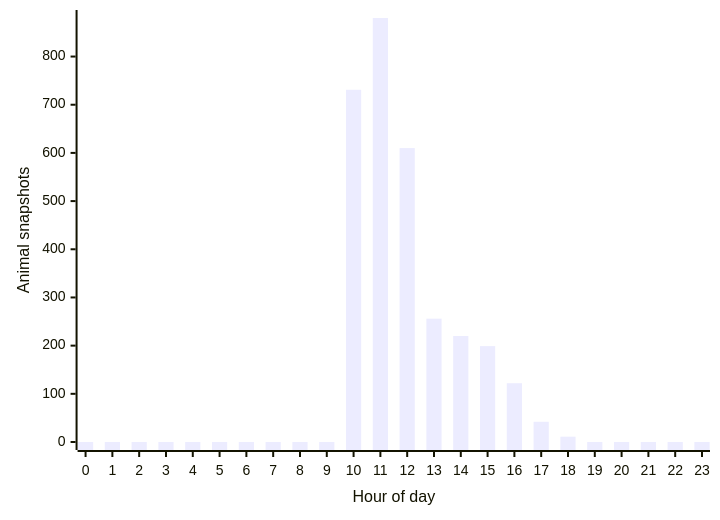
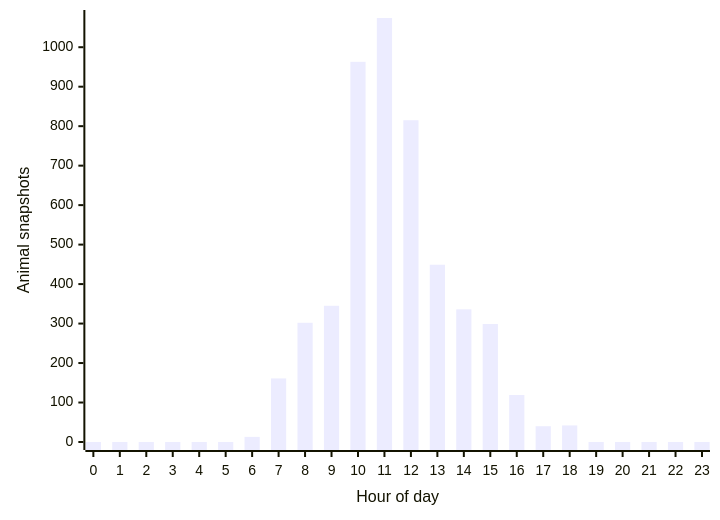
One commit to joshuafrommeyer-35/PierTracker changed the second of 3 diagrams in README.md. Above: the diagram before and after it, drawn with Mermaid. The commit also changed other lines of this file and 29 other files, not shown here.

````diff
--- a/README.md
+++ b/README.md
@@ -122,6 +123,6 @@
 ```mermaid
 xychart-beta
     x-axis "Hour of day" [0, 1, 2, 3, 4, 5, 6, 7, 8, 9, 10, 11, 12, 13, 14, 15, 16, 17, 18, 19, 20, 21, 22, 23]
     y-axis "Animal snapshots"
-    bar [0, 0, 0, 0, 0, 0, 0, 0, 0, 0, 731, 880, 610, 256, 220, 199, 122, 42, 11, 0, 0, 0, 0, 0]
+    bar [0, 0, 0, 0, 0, 0, 13, 161, 302, 345, 963, 1074, 815, 449, 336, 299, 119, 40, 42, 0, 0, 0, 0, 0]
 ```
````
